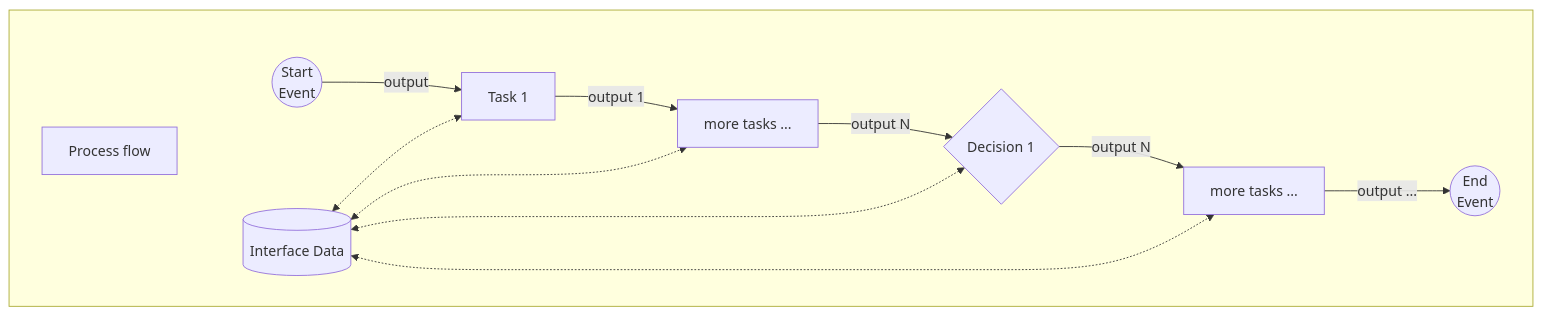
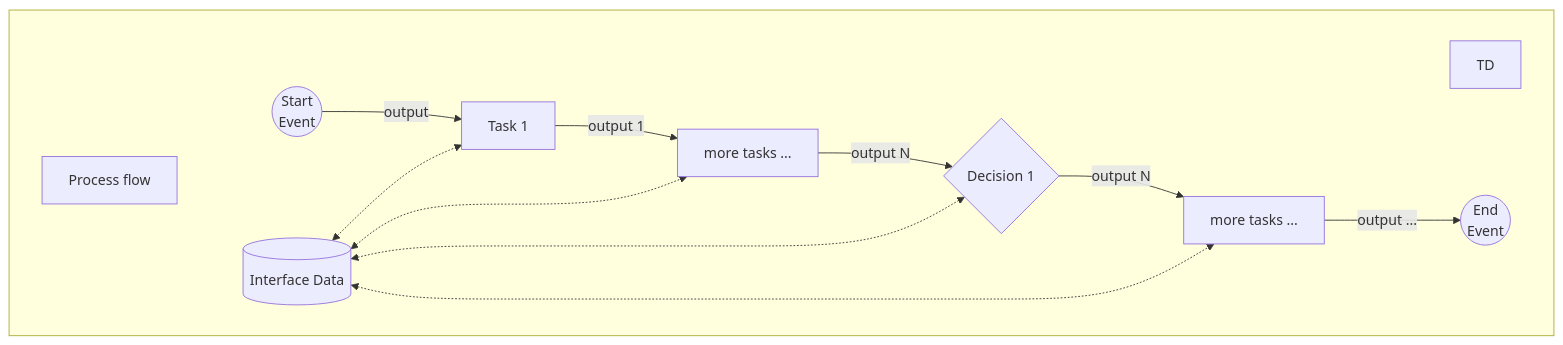
Before and after one commit to Paulo-Reis-Rosa/test-git-commands: the fifth of 6 diagrams in README.md, drawn with Mermaid.

Commit message:
Correct Mermaid diagram formatting in README
Fix formatting issues in the Mermaid diagram.

````diff
--- a/README.md
+++ b/README.md
@@ -190,16 +190,16 @@
 ```mermaid
 	graph TD
-		subgraph  ;
+		subgraph &nbsp; TD;
 			pf[Process flow] ~~~ se & i1;
 			se((Start<br>Event))-->|output|t1[Task 1];
 			t1-->|output 1|t2[more tasks ...];
 			t2-->|output N|d1{Decision 1};
 			d1-->|output N|t3[more tasks ...];
 			t3-->|output ...|ed((End<br>Event));
 			i1[(Interface Data)]
 		end
 		i1<-.->t1;
 		i1<-.->t2;
 		i1<-.->t3;
 		i1<-.->d1;
 ```
````
